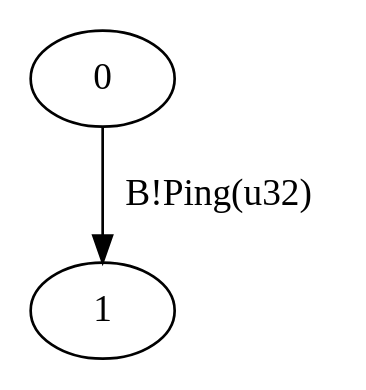
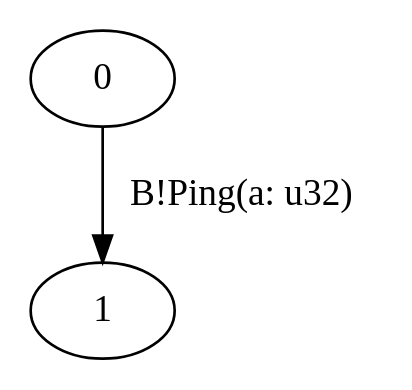
The diagram in examples/simple_aepl/A.dot (zakcutner/rumpsteak), drawn with Graphviz before and after one commit. The commit also changed 1 other file, not shown here.

```diff
--- a/examples/simple_aepl/A.dot
+++ b/examples/simple_aepl/A.dot
@@ -1,8 +1,8 @@
-digraph G {
+digraph A {
   0;
   1;
   
   
-  0 -> 1 [label="B!Ping(u32)", ];
+  0 -> 1 [label="B!Ping(a: u32)", ];
   
   }
```
